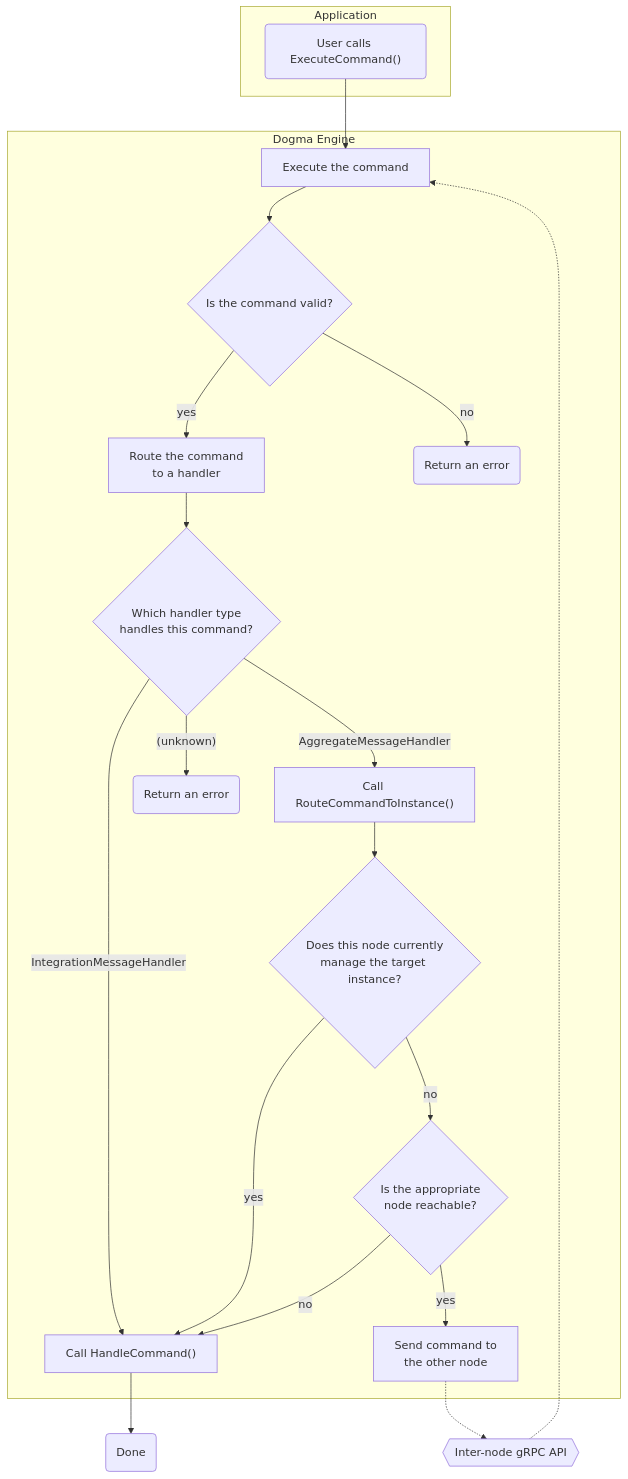
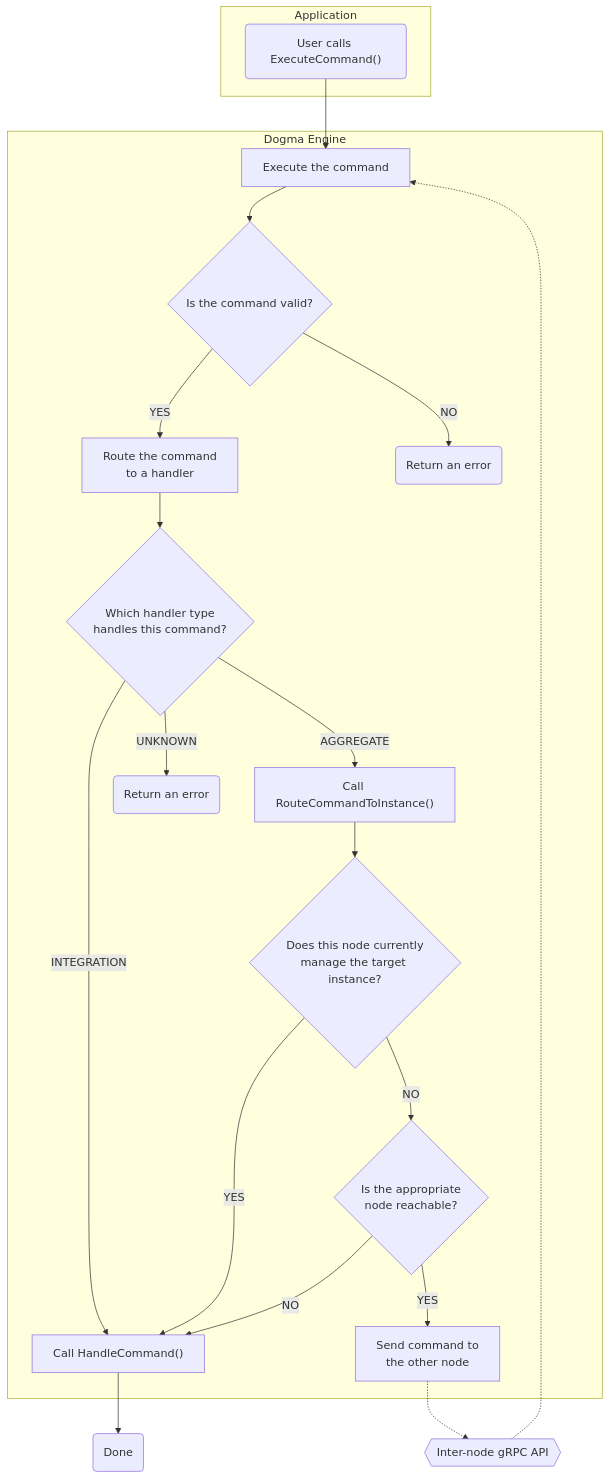
One commit to dogmatiq/veracity changed the diagram in docs/command-routing.md. Above: the diagram before and after it, drawn with Mermaid.

Commit message:
Embiggen edge labels.

````diff
--- a/docs/command-routing.md
+++ b/docs/command-routing.md
@@ -1,47 +1,47 @@
 ```mermaid
 flowchart TD
     subgraph Application
         Begin("User calls ExecuteCommand()")
     end
 
     subgraph Dogma Engine
         Begin --> Execute
 
         Execute[Execute the command]
         Valid?{Is the command valid?}
         RouteToHandler[Route the command\nto a handler]
         HandlerType?{Which handler type\nhandles this command?}
         RouteToInstance["Call RouteCommandToInstance()"]
         ThisNode?{"Does this node currently\nmanage the target instance?"}
         Handle["Call HandleCommand()"]
         Reachable?{"Is the appropriate\nnode reachable?"}
         Send[Send command to\nthe other node]
 
         Execute --> Valid?
 
-        Valid? -- yes --> RouteToHandler
-        Valid? -- no --> NotValid(Return an error)
+        Valid? -- YES --> RouteToHandler
+        Valid? -- NO --> NotValid(Return an error)
 
         RouteToHandler --> HandlerType?
 
-        HandlerType? -- AggregateMessageHandler --> RouteToInstance
-        HandlerType? -- IntegrationMessageHandler --> Handle
-        HandlerType? -- "(unknown)" --> Unknown(Return an error)
+        HandlerType? -- AGGREGATE --> RouteToInstance
+        HandlerType? -- INTEGRATION --> Handle
+        HandlerType? -- UNKNOWN --> Unknown(Return an error)
 
         RouteToInstance --> ThisNode?
 
-        ThisNode? -- yes --> Handle
-        ThisNode? -- no --> Reachable?
+        ThisNode? -- YES --> Handle
+        ThisNode? -- NO --> Reachable?
 
-        Reachable? -- yes --> Send
-        Reachable? -- no --> Handle
+        Reachable? -- YES --> Send
+        Reachable? -- NO --> Handle
     end
 
     API{{Inter-node gRPC API}}
     Send -.-> API
     API -.-> Execute
 
     Done(Done)
     Handle --> Done
 
 ```
````
